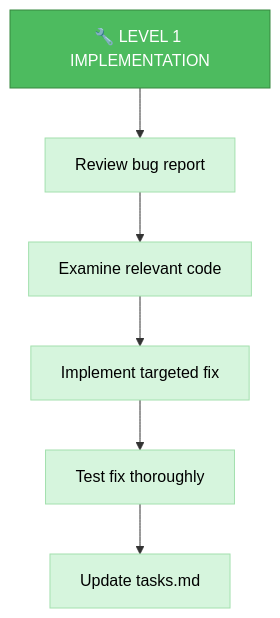
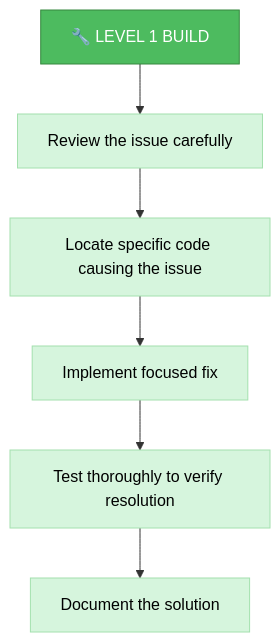
Before and after one commit to 7Spade/cursor-memory-bank: the second of 6 diagrams in .cursor/rules/isolation_rules/Modes/implement-mode-detailed.mdc, drawn with Mermaid. The commit also changed other lines of this file and 7 other files, not shown here.

````diff
--- a/.cursor/rules/isolation_rules/Modes/implement-mode-detailed.mdc
+++ b/.cursor/rules/isolation_rules/Modes/implement-mode-detailed.mdc
@@ -152,15 +146,15 @@
 ```mermaid
 graph TD
-    L1["🔧 LEVEL 1 IMPLEMENTATION"] --> Review["Review bug report"]
-    Review --> Examine["Examine relevant code"]
-    Examine --> Fix["Implement targeted fix"]
-    Fix --> Test["Test fix thoroughly"]
-    Test --> Update["Update tasks.md"]
+    L1["🔧 LEVEL 1 BUILD"] --> Review["Review the issue carefully"]
+    Review --> Locate["Locate specific code causing the issue"]
+    Locate --> Fix["Implement focused fix"]
+    Fix --> Test["Test thoroughly to verify resolution"]
+    Test --> Doc["Document the solution"]
     
     style L1 fill:#4dbb5f,stroke:#36873f,color:white
     style Review fill:#d6f5dd,stroke:#a3e0ae,color:black
-    style Examine fill:#d6f5dd,stroke:#a3e0ae,color:black
+    style Locate fill:#d6f5dd,stroke:#a3e0ae,color:black
     style Fix fill:#d6f5dd,stroke:#a3e0ae,color:black
     style Test fill:#d6f5dd,stroke:#a3e0ae,color:black
-    style Update fill:#d6f5dd,stroke:#a3e0ae,color:black
+    style Doc fill:#d6f5dd,stroke:#a3e0ae,color:black
 ```
````
